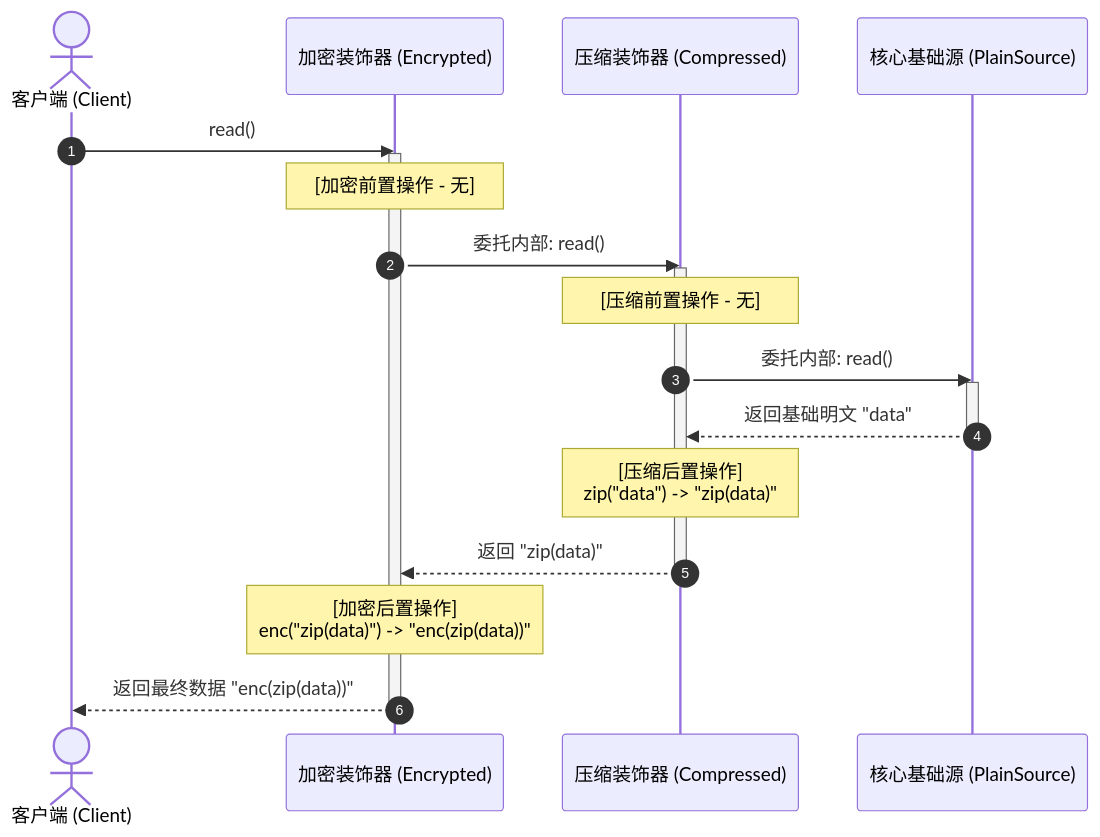
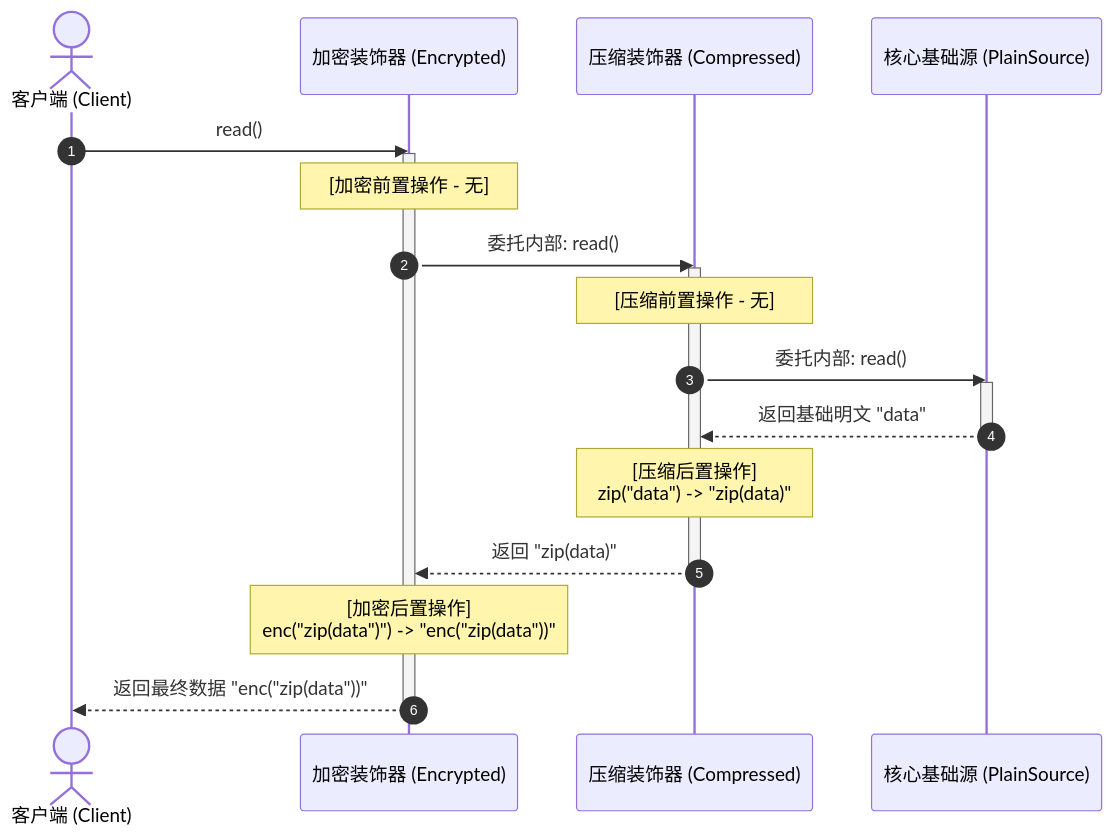
Before and after one commit to koosai/AI-Architect-Learning: the second of 3 diagrams in docs/04-design-patterns-lld/adapter-decorator.mdx, drawn with Mermaid. The commit also changed 187 other files, not shown here.

Commit message:
fix(mermaid): fix all unquoted parens and edge label syntax errors across all docs

````diff
--- a/docs/04-design-patterns-lld/adapter-decorator.mdx
+++ b/docs/04-design-patterns-lld/adapter-decorator.mdx
@@ -63,29 +63,29 @@
 ```mermaid
 sequenceDiagram
   autonumber
   actor Client as 客户端 (Client)
   participant Enc as 加密装饰器 (Encrypted)
   participant Comp as 压缩装饰器 (Compressed)
   participant Plain as 核心基础源 (PlainSource)
 
   Client->>Enc: read()
   activate Enc
   Note over Enc: [加密前置操作 - 无]
   
   Enc->>Comp: 委托内部: read()
   activate Comp
   Note over Comp: [压缩前置操作 - 无]
   
   Comp->>Plain: 委托内部: read()
   activate Plain
   Plain-->>Comp: 返回基础明文 "data"
   deactivate Plain
   
   Note over Comp: [压缩后置操作] <br/> zip("data") -> "zip(data)"
   Comp-->>Enc: 返回 "zip(data)"
   deactivate Comp
   
-  Note over Enc: [加密后置操作] <br/> enc("zip(data)") -> "enc(zip(data))"
-  Enc-->>Client: 返回最终数据 "enc(zip(data))"
+  Note over Enc: [加密后置操作] <br/> enc("zip(data")") -> "enc("zip(data"))"
+  Enc-->>Client: 返回最终数据 "enc("zip(data"))"
   deactivate Enc
 ```
````
